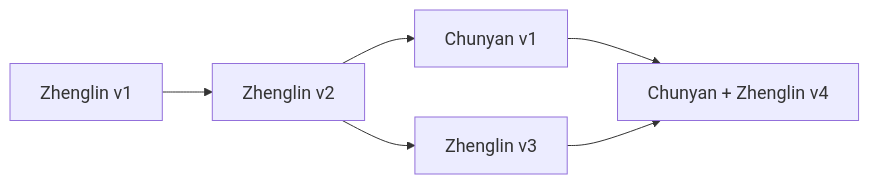
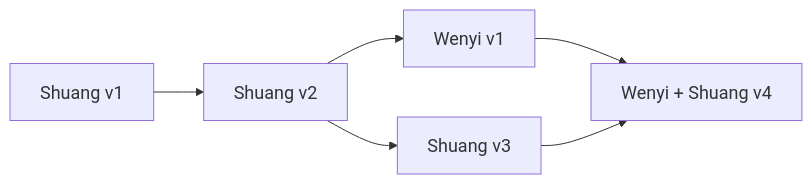
Before and after one commit to pharmarug/pharmasug2026-r-workshop: the first of 6 diagrams in slides/02_collaboration.qmd, drawn with Mermaid. The commit also changed other lines of this file, not shown here.

Commit message:
update slides

````diff
--- a/slides/02_collaboration.qmd
+++ b/slides/02_collaboration.qmd
@@ -72,8 +72,8 @@
 ```{mermaid}
 flowchart LR
-  A[<font size=4> Zhenglin v1] --> B[<font size=4> Zhenglin v2]
-  B --> C[<font size=4> Zhenglin v3]
-  B --> D[<font size=4> Chunyan v1]
-  D --> E[<font size=4> Chunyan + Zhenglin v4]
+  A[<font size=4> Shuang v1] --> B[<font size=4> Shuang v2]
+  B --> C[<font size=4> Shuang v3]
+  B --> D[<font size=4> Wenyi v1]
+  D --> E[<font size=4> Wenyi + Shuang v4]
   C --> E
 ```
````
